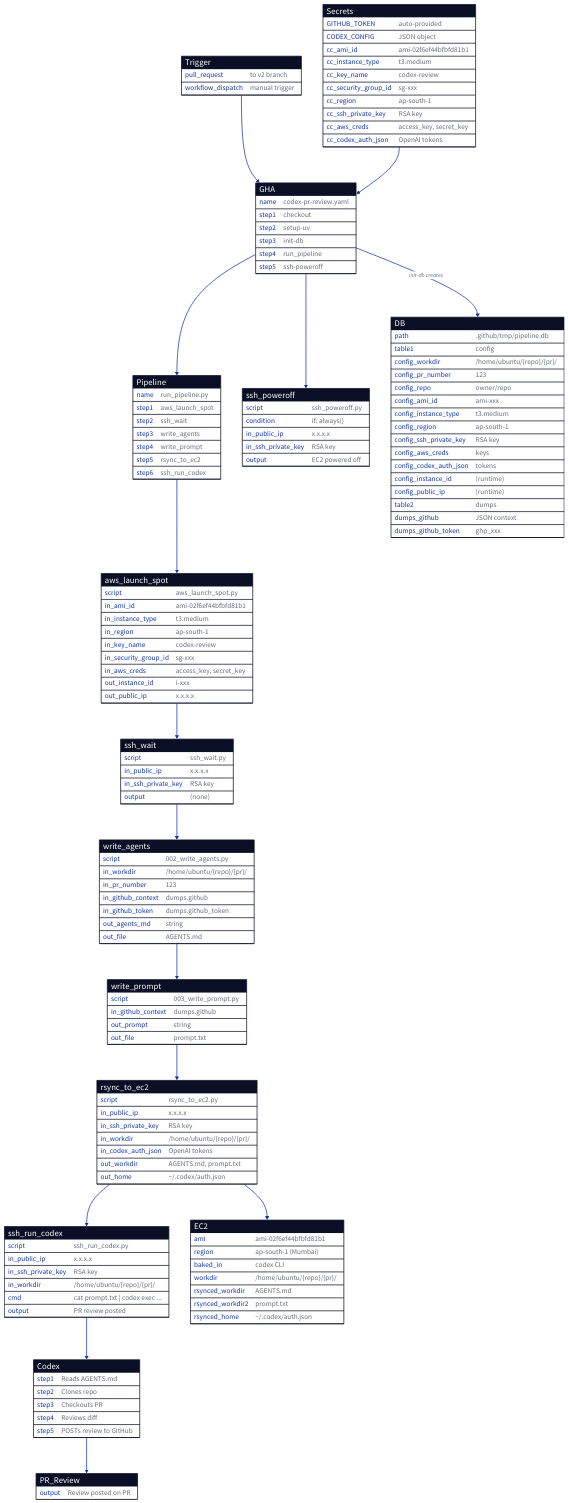
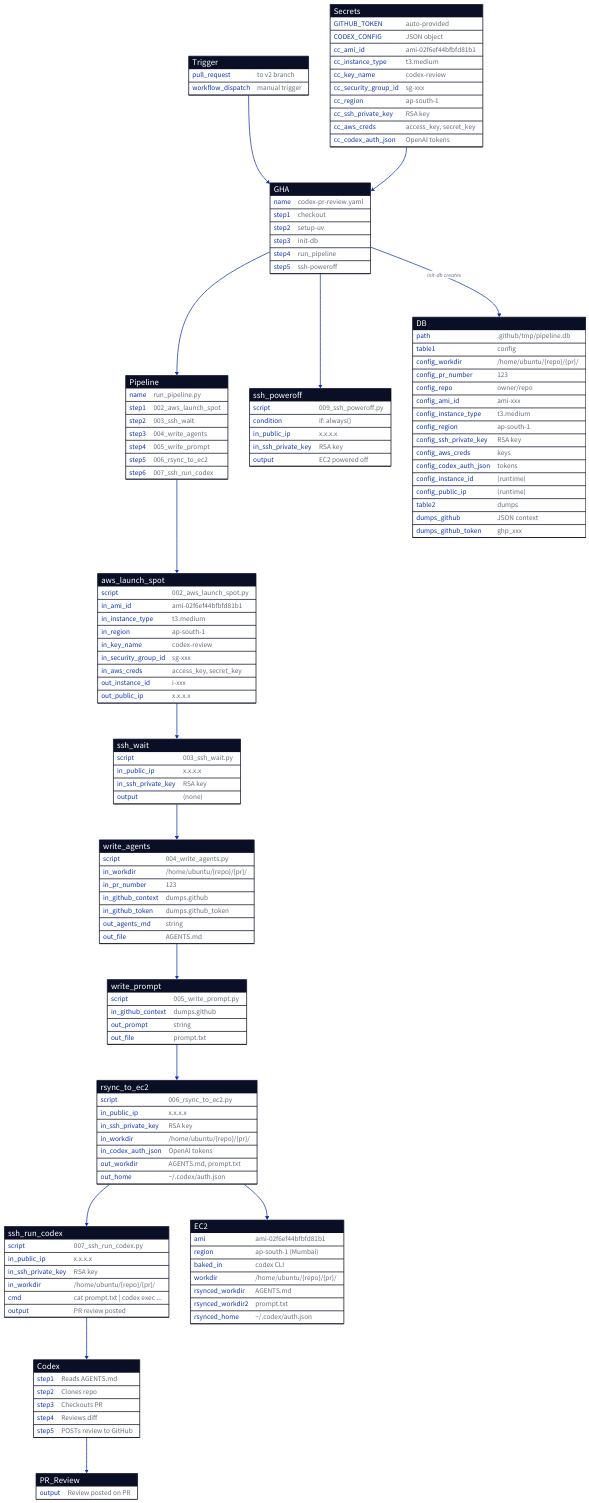
One commit to fossh/codex-code-review-poc1 changed the diagram in flow_diagrams/prod_flow.d2. Above: the diagram before and after it, drawn with D2. The commit also changed 13 other files, not shown here.

```diff
--- a/flow_diagrams/prod_flow.d2
+++ b/flow_diagrams/prod_flow.d2
@@ -1,182 +1,182 @@
 direction: down
 
 # Trigger Events
 Trigger: {
   shape: sql_table
   pull_request: "to v2 branch"
   workflow_dispatch: "manual trigger"
 }
 
 # GitHub Actions Workflow
 GHA: {
   shape: sql_table
   name: "codex-pr-review.yaml"
   step1: "checkout"
   step2: "setup-uv"
   step3: "init-db"
   step4: "run_pipeline"
   step5: "ssh-poweroff"
 }
 
 Trigger -> GHA
 
 # Secrets
 Secrets: {
   shape: sql_table
   GITHUB_TOKEN: "auto-provided"
   CODEX_CONFIG: "JSON object"
   cc_ami_id: "ami-02f6ef44bfbfd81b1"
   cc_instance_type: "t3.medium"
   cc_key_name: "codex-review"
   cc_security_group_id: "sg-xxx"
   cc_region: "ap-south-1"
   cc_ssh_private_key: "RSA key"
   cc_aws_creds: "access_key, secret_key"
   cc_codex_auth_json: "OpenAI tokens"
 }
 
 Secrets -> GHA
 
 # Pipeline Scripts
 Pipeline: {
   shape: sql_table
   name: "run_pipeline.py"
-  step1: "aws_launch_spot"
-  step2: "ssh_wait"
-  step3: "write_agents"
-  step4: "write_prompt"
-  step5: "rsync_to_ec2"
-  step6: "ssh_run_codex"
+  step1: "002_aws_launch_spot"
+  step2: "003_ssh_wait"
+  step3: "004_write_agents"
+  step4: "005_write_prompt"
+  step5: "006_rsync_to_ec2"
+  step6: "007_ssh_run_codex"
 }
 
 aws_launch_spot: {
   shape: sql_table
-  script: "aws_launch_spot.py"
+  script: "002_aws_launch_spot.py"
   in_ami_id: "ami-02f6ef44bfbfd81b1"
   in_instance_type: "t3.medium"
   in_region: "ap-south-1"
   in_key_name: "codex-review"
   in_security_group_id: "sg-xxx"
   in_aws_creds: "access_key, secret_key"
   out_instance_id: "i-xxx"
   out_public_ip: "x.x.x.x"
 }
 
 ssh_wait: {
   shape: sql_table
-  script: "ssh_wait.py"
+  script: "003_ssh_wait.py"
   in_public_ip: "x.x.x.x"
   in_ssh_private_key: "RSA key"
   output: "(none)"
 }
 
 write_agents: {
   shape: sql_table
-  script: "002_write_agents.py"
+  script: "004_write_agents.py"
   in_workdir: "/home/ubuntu/{repo}/{pr}/"
   in_pr_number: "123"
   in_github_context: "dumps.github"
   in_github_token: "dumps.github_token"
   out_agents_md: "string"
   out_file: "AGENTS.md"
 }
 
 write_prompt: {
   shape: sql_table
-  script: "003_write_prompt.py"
+  script: "005_write_prompt.py"
   in_github_context: "dumps.github"
   out_prompt: "string"
   out_file: "prompt.txt"
 }
 
 rsync_to_ec2: {
   shape: sql_table
-  script: "rsync_to_ec2.py"
+  script: "006_rsync_to_ec2.py"
   in_public_ip: "x.x.x.x"
   in_ssh_private_key: "RSA key"
   in_workdir: "/home/ubuntu/{repo}/{pr}/"
   in_codex_auth_json: "OpenAI tokens"
   out_workdir: "AGENTS.md, prompt.txt"
   out_home: "~/.codex/auth.json"
 }
 
 ssh_run_codex: {
   shape: sql_table
-  script: "ssh_run_codex.py"
+  script: "007_ssh_run_codex.py"
   in_public_ip: "x.x.x.x"
   in_ssh_private_key: "RSA key"
   in_workdir: "/home/ubuntu/{repo}/{pr}/"
   cmd: "cat prompt.txt | codex exec ..."
   output: "PR review posted"
 }
 
 ssh_poweroff: {
   shape: sql_table
-  script: "ssh_poweroff.py"
+  script: "009_ssh_poweroff.py"
   condition: "if: always()"
   in_public_ip: "x.x.x.x"
   in_ssh_private_key: "RSA key"
   output: "EC2 powered off"
 }
 
 GHA -> Pipeline
 Pipeline -> aws_launch_spot -> ssh_wait -> write_agents -> write_prompt
 write_prompt -> rsync_to_ec2 -> ssh_run_codex
 GHA -> ssh_poweroff
 
 # SQLite DB
 DB: {
   shape: sql_table
   path: ".github/tmp/pipeline.db"
   table1: "config"
   config_workdir: "/home/ubuntu/{repo}/{pr}/"
   config_pr_number: "123"
   config_repo: "owner/repo"
   config_ami_id: "ami-xxx"
   config_instance_type: "t3.medium"
   config_region: "ap-south-1"
   config_ssh_private_key: "RSA key"
   config_aws_creds: "keys"
   config_codex_auth_json: "tokens"
   config_instance_id: "(runtime)"
   config_public_ip: "(runtime)"
   table2: "dumps"
   dumps_github: "JSON context"
   dumps_github_token: "ghp_xxx"
 }
 
 GHA -> DB: "init-db creates"
 
 # EC2 Instance
 EC2: {
   shape: sql_table
   ami: "ami-02f6ef44bfbfd81b1"
   region: "ap-south-1 (Mumbai)"
   baked_in: "codex CLI"
   workdir: "/home/ubuntu/{repo}/{pr}/"
   rsynced_workdir: "AGENTS.md"
   rsynced_workdir2: "prompt.txt"
   rsynced_home: "~/.codex/auth.json"
 }
 
 rsync_to_ec2 -> EC2
 
 # Codex Actions
 Codex: {
   shape: sql_table
   step1: "Reads AGENTS.md"
   step2: "Clones repo"
   step3: "Checkouts PR"
   step4: "Reviews diff"
   step5: "POSTs review to GitHub"
 }
 
 ssh_run_codex -> Codex
 
 # Final Output
 PR_Review: {
   shape: sql_table
   output: "Review posted on PR"
 }
 
 Codex -> PR_Review
```
